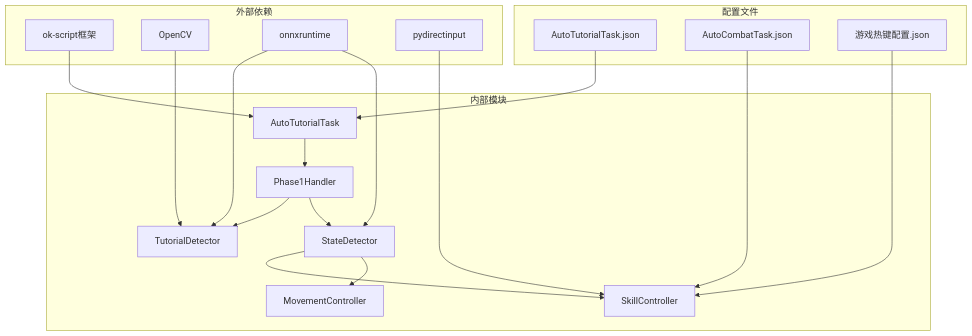
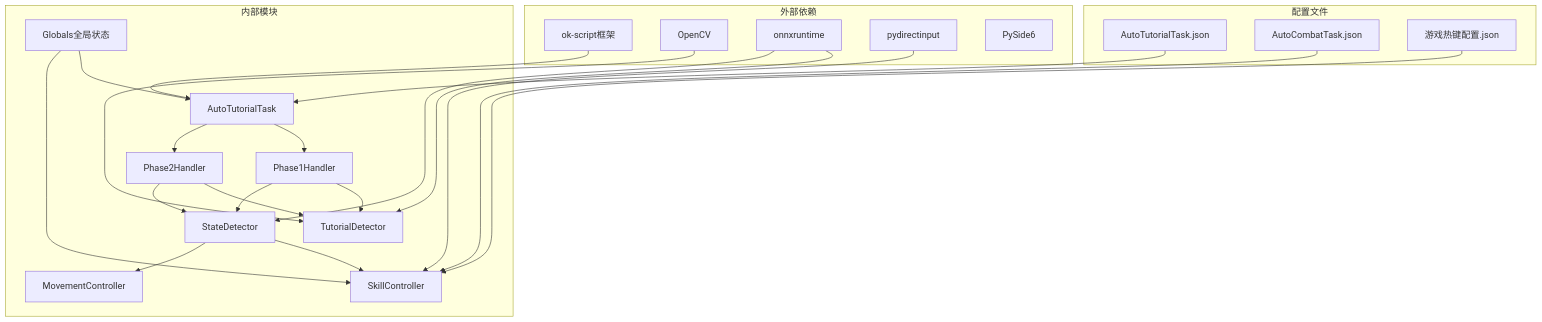
Before and after one commit to xsy098-max/ok-jump: the tenth of 10 diagrams in .qoder/repowiki/zh/content/Auto Tutorial Task.md, drawn with Mermaid. The commit also changed other lines of this file and 17 other files, not shown here.

````diff
--- a/.qoder/repowiki/zh/content/Auto Tutorial Task.md
+++ b/.qoder/repowiki/zh/content/Auto Tutorial Task.md
@@ -367,35 +510,43 @@
 ```mermaid
 graph TB
 subgraph "外部依赖"
 A[ok-script框架]
 B[OpenCV]
 C[onnxruntime]
 D[pydirectinput]
+E[PySide6]
 end
 subgraph "内部模块"
-E[AutoTutorialTask]
-F[Phase1Handler]
-G[TutorialDetector]
-H[StateDetector]
-I[SkillController]
-J[MovementController]
+F[AutoTutorialTask]
+G[Phase1Handler]
+H[Phase2Handler]
+I[TutorialDetector]
+J[StateDetector]
+K[SkillController]
+L[MovementController]
+M[Globals全局状态]
 end
 subgraph "配置文件"
-K[AutoTutorialTask.json]
-L[AutoCombatTask.json]
-M[游戏热键配置.json]
+N[AutoTutorialTask.json]
+O[AutoCombatTask.json]
+P[游戏热键配置.json]
 end
-A --> E
-B --> G
-C --> G
-C --> H
-D --> I
-K --> E
-L --> I
-M --> I
-E --> F
+A --> F
+B --> I
+C --> I
+C --> J
+D --> K
+N --> F
+O --> K
+P --> K
 F --> G
 F --> H
+G --> I
+G --> J
 H --> I
 H --> J
+J --> K
+J --> L
+M --> F
+M --> K
 ```
````
